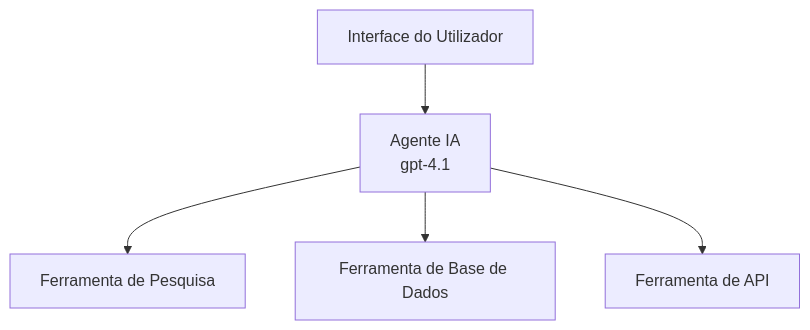
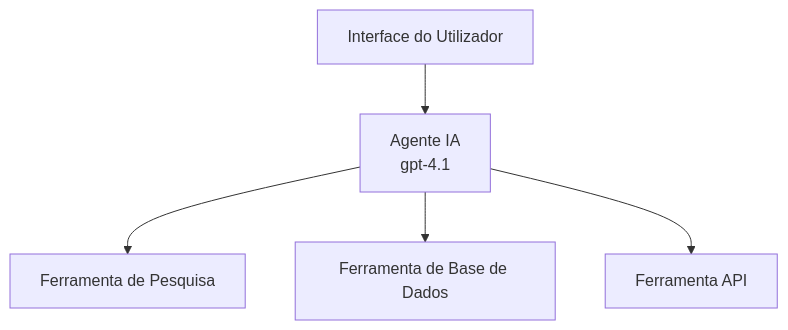
Before and after one commit to microsoft/AZD-for-beginners: the first of 3 diagrams in translations/pt-PT/docs/chapter-02-ai-development/agents.md, drawn with Mermaid. The commit also changed other lines of this file and 59 other files, not shown here.

````diff
--- a/translations/pt-PT/docs/chapter-02-ai-development/agents.md
+++ b/translations/pt-PT/docs/chapter-02-ai-development/agents.md
@@ -162,7 +162,7 @@
 ```mermaid
 graph TD
     UI[Interface do Utilizador] --> Agent[Agente IA<br/>gpt-4.1]
     Agent --> Search[Ferramenta de Pesquisa]
     Agent --> Database[Ferramenta de Base de Dados]
-    Agent --> API[Ferramenta de API]
+    Agent --> API[Ferramenta API]
 ```
````
